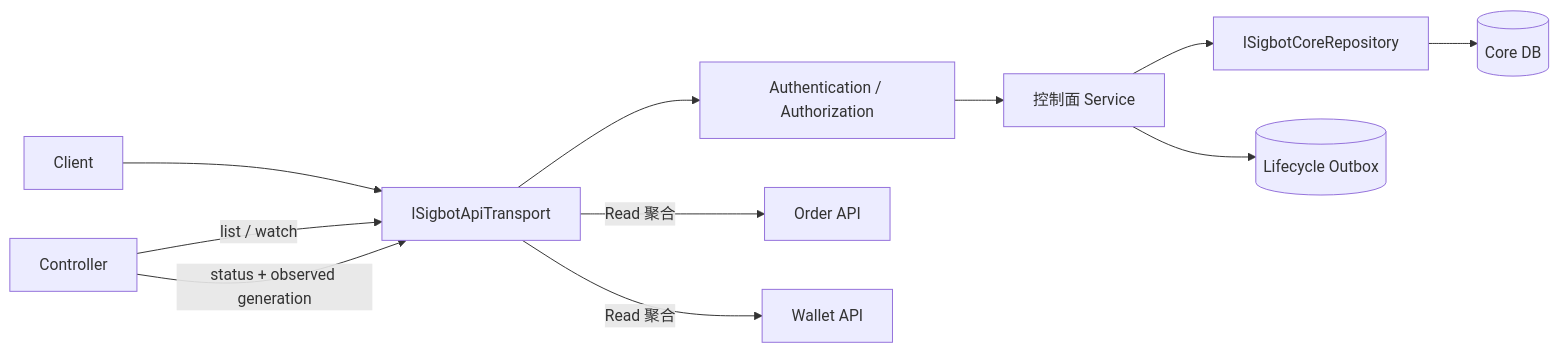
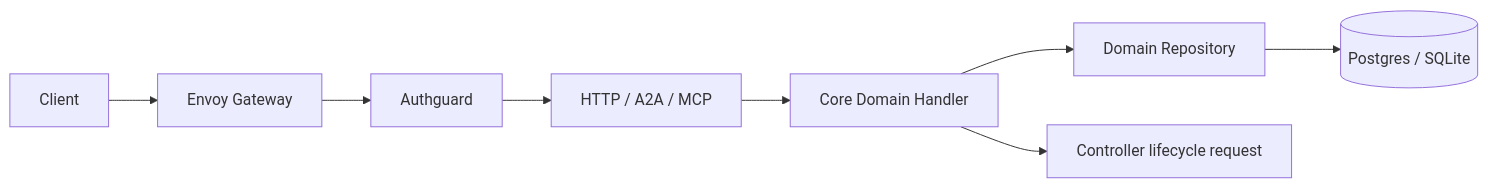
Before and after one commit to sigbot-labs/sigbot-core: the diagram in docs/architecture/engine/apiserver/overview_ZH.md, drawn with Mermaid. The commit also changed other lines of this file and 1371 other files, not shown here.

````diff
--- a/docs/architecture/engine/apiserver/overview_ZH.md
+++ b/docs/architecture/engine/apiserver/overview_ZH.md
@@ -27,13 +25,10 @@
 ```mermaid
 flowchart LR
-    Client --> Transport[ISigbotApiTransport]
-    Transport --> Auth[Authentication / Authorization]
-    Auth --> Service[控制面 Service]
-    Service --> Repo[ISigbotCoreRepository]
-    Repo --> DB[(Core DB)]
-    Service --> Outbox[(Lifecycle Outbox)]
-    Controller -->|list / watch| Transport
-    Controller -->|status + observed generation| Transport
-    Transport -->|Read 聚合| OrderApi[Order API]
-    Transport -->|Read 聚合| WalletApi[Wallet API]
+    Client --> Gateway[Envoy Gateway]
+    Gateway --> Authguard
+    Authguard --> Adapter[HTTP / A2A / MCP]
+    Adapter --> Handler[Core Domain Handler]
+    Handler --> Repository[Domain Repository]
+    Repository --> DB[(Postgres / SQLite)]
+    Handler --> Controller[Controller lifecycle request]
 ```
````
